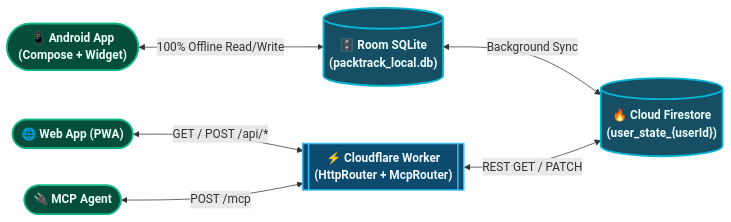
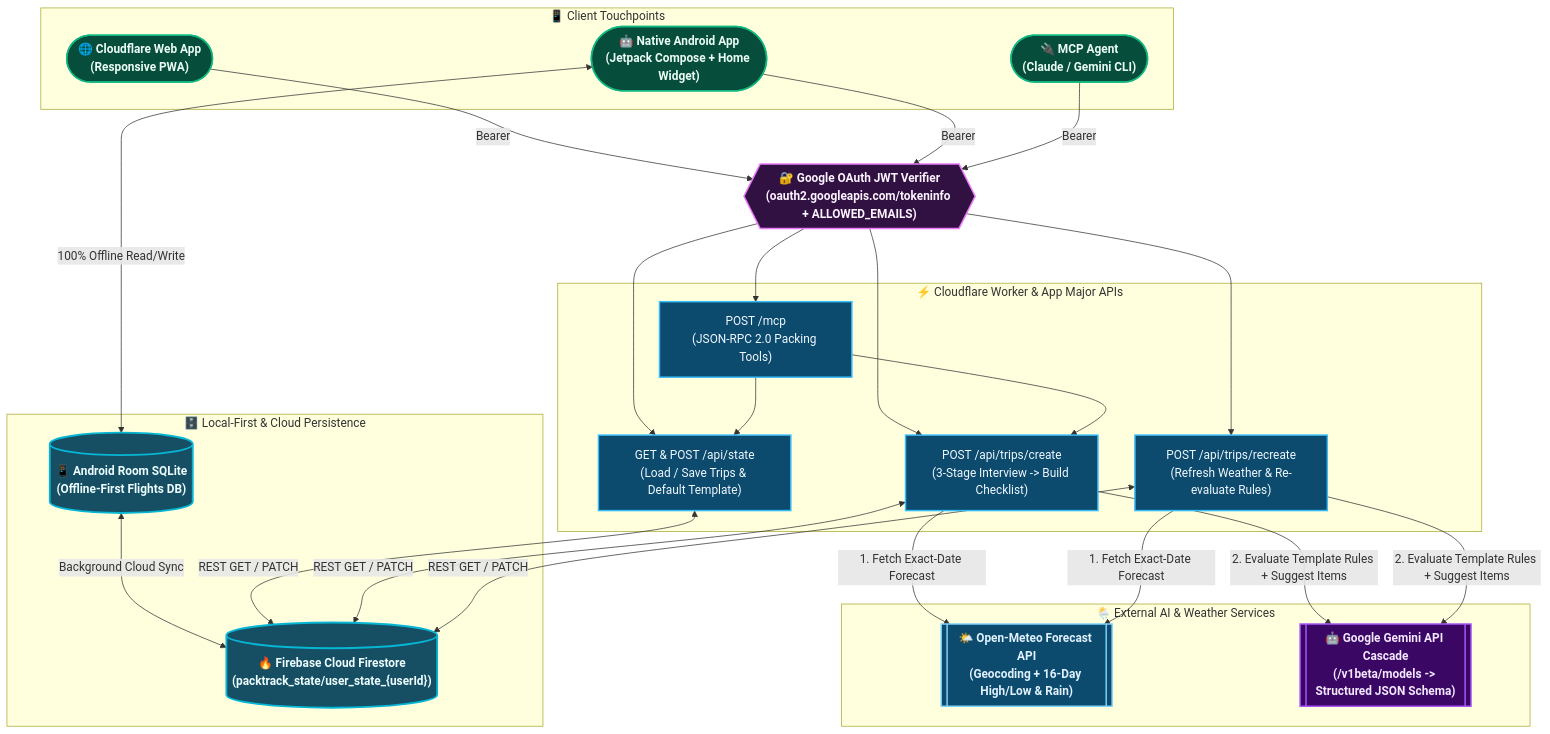
Before and after one commit to madhavsankar/PackTrack: the second of 2 diagrams in README.md, drawn with Mermaid. The commit also changed other lines of this file, not shown here.

Commit message:
Restore unified CUJ and HLD Mermaid diagrams in README

````diff
--- a/README.md
+++ b/README.md
@@ -68,13 +62,46 @@
 ```mermaid
-flowchart LR
+flowchart TB
     classDef client fill:#064e3b,stroke:#10b981,stroke-width:2px,color:#ecfdf5,font-weight:bold
-    classDef edge fill:#0c4a6e,stroke:#38bdf8,stroke-width:2px,color:#f0f9ff,font-weight:bold
+    classDef gate fill:#311042,stroke:#e879f9,stroke-width:2px,color:#fdf4ff,font-weight:bold
+    classDef api fill:#0c4a6e,stroke:#38bdf8,stroke-width:2px,color:#f0f9ff
+    classDef ext fill:#3b0764,stroke:#a855f7,stroke-width:2px,color:#f3e8ff,font-weight:bold
+    classDef weather fill:#0c4a6e,stroke:#7dd3fc,stroke-width:2px,color:#e0f2fe,font-weight:bold
     classDef db fill:#164e63,stroke:#06b6d4,stroke-width:2.5px,color:#ecfeff,font-weight:bold
 
-    Android(["📱 Android App\n(Compose + Widget)"]):::client <-->|"100% Offline Read/Write"| Room[("🗄️ Room SQLite\n(packtrack_local.db)")]:::db
-    Room <-->|"Background Sync"| Firestore[("🔥 Cloud Firestore\n(user_state_{userId})")]:::db
+    subgraph Touchpoints["📱 Client Touchpoints"]
+        WebPWA(["🌐 Cloudflare Web App\n(Responsive PWA)"]):::client
+        Android(["🤖 Native Android App\n(Jetpack Compose + Home Widget)"]):::client
+        McpClient(["🔌 MCP Agent\n(Claude / Gemini CLI)"]):::client
+    end
 
-    WebPWA(["🌐 Web App (PWA)"]):::client <-->|"GET / POST /api/*"| Worker[["⚡ Cloudflare Worker\n(HttpRouter + McpRouter)"]]:::edge
-    McpClient(["🔌 MCP Agent"]):::client <-->|"POST /mcp"| Worker
-    Worker <-->|"REST GET / PATCH"| Firestore
+    AuthGate{{"🔐 Google OAuth JWT Verifier\n(oauth2.googleapis.com/tokeninfo + ALLOWED_EMAILS)"}}:::gate
+
+    subgraph MajorAPIs["⚡ Cloudflare Worker & App Major APIs"]
+        StateAPI["GET & POST /api/state\n(Load / Save Trips & Default Template)"]:::api
+        CreateAPI["POST /api/trips/create\n(3-Stage Interview -> Build Checklist)"]:::api
+        RecreateAPI["POST /api/trips/recreate\n(Refresh Weather & Re-evaluate Rules)"]:::api
+        McpAPI["POST /mcp\n(JSON-RPC 2.0 Packing Tools)"]:::api
+    end
+
+    subgraph ExternalServices["🌦️ External AI & Weather Services"]
+        OpenMeteo[["🌤️ Open-Meteo Forecast API\n(Geocoding + 16-Day High/Low & Rain)"]]:::weather
+        GeminiCascade[["🤖 Google Gemini API Cascade\n(/v1beta/models -> Structured JSON Schema)"]]:::ext
+    end
+
+    subgraph Storage["🗄️ Local-First & Cloud Persistence"]
+        RoomDB[("📱 Android Room SQLite\n(Offline-First Flights DB)")]:::db
+        FirestoreDB[("🔥 Firebase Cloud Firestore\n(packtrack_state/user_state_{userId})")]:::db
+    end
+
+    Android <-->|"100% Offline Read/Write"| RoomDB
+    RoomDB <-->|"Background Cloud Sync"| FirestoreDB
+
+    WebPWA & Android & McpClient -->|"Bearer <Google_ID_Token>"| AuthGate
+    AuthGate --> StateAPI & CreateAPI & RecreateAPI & McpAPI
+
+    CreateAPI & RecreateAPI -->|"1. Fetch Exact-Date Forecast"| OpenMeteo
+    CreateAPI & RecreateAPI -->|"2. Evaluate Template Rules + Suggest Items"| GeminiCascade
+    McpAPI --> CreateAPI & StateAPI
+
+    StateAPI & CreateAPI & RecreateAPI <-->|"REST GET / PATCH"| FirestoreDB
 ```
````
